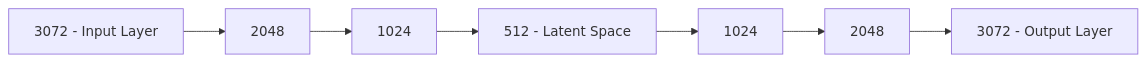
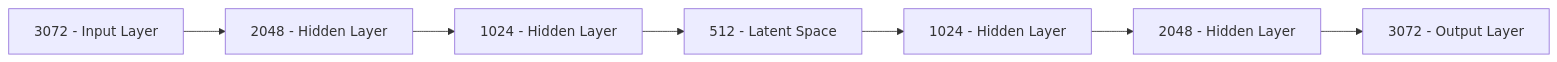
Before and after one commit to sarahp31/aps-2-nlp: the diagram in README.md, drawn with Mermaid. The commit also changed other lines of this file and 1 other file, not shown here.

````diff
--- a/README.md
+++ b/README.md
@@ -16,14 +16,14 @@
     ```mermaid
     flowchart LR
     Input["3072 - Input Layer"]
-    E1["2048"]
-    E2["1024"]
+    E1["2048 - Hidden Layer"]
+    E2["1024 - Hidden Layer"]
     Latent["512 - Latent Space"]
-    D1["1024"]
-    D2["2048"]
+    D1["1024 - Hidden Layer"]
+    D2["2048 - Hidden Layer"]
     Output["3072 - Output Layer"]
 
     Input --> E1 --> E2 --> Latent
     Latent --> D1 --> D2 --> Output
 
     ```
````
